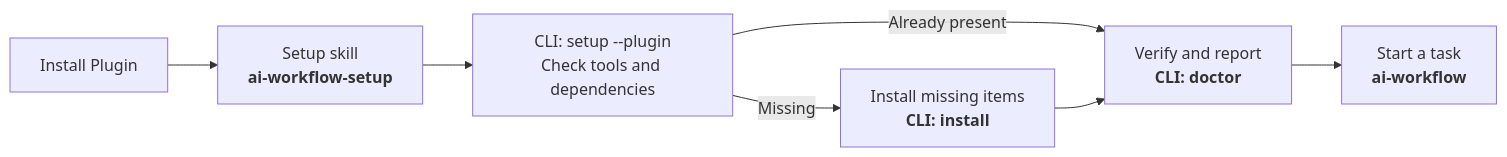
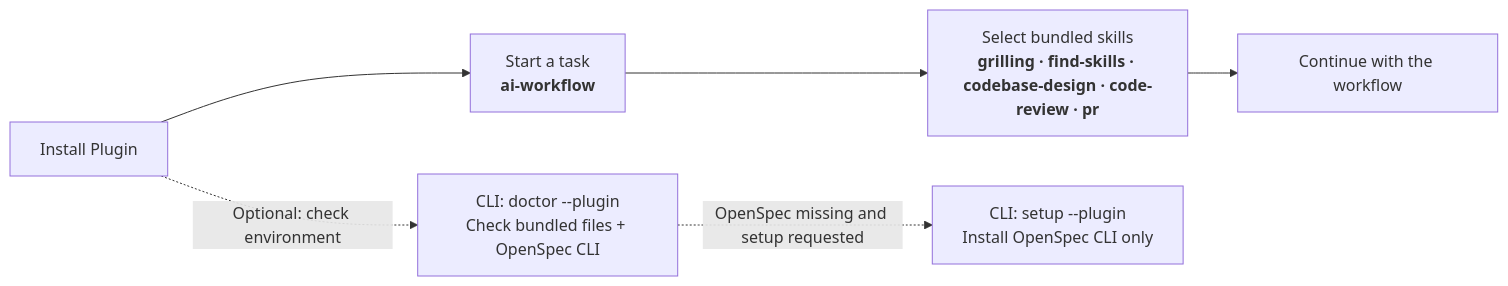
One commit to shuaibilx/AI-workflow-coding changed the second of 2 diagrams in README.md. Above: the diagram before and after it, drawn with Mermaid. The commit also changed other lines of this file and 38 other files, not shown here.

Commit message:
Bundle fixed workflow skills in Plugin

````diff
--- a/README.md
+++ b/README.md
@@ -93,9 +93,8 @@
 ```mermaid
 flowchart LR
-    A[Install Plugin] --> S["Setup skill<br/><b>ai-workflow-setup</b>"]
-    S --> C["CLI: setup --plugin<br/>Check tools and dependencies"]
-    C -->|Missing| I["Install missing items<br/><b>CLI: install</b>"]
-    C -->|Already present| V["Verify and report<br/><b>CLI: doctor</b>"]
-    I --> V
-    V --> W["Start a task<br/><b>ai-workflow</b>"]
+    A[Install Plugin] --> W["Start a task<br/><b>ai-workflow</b>"]
+    W --> S["Select bundled skills<br/><b>grilling · find-skills · codebase-design · code-review · pr</b>"]
+    S --> D["Continue with the workflow"]
+    A -.->|Optional: check environment| C["CLI: doctor --plugin<br/>Check bundled files + OpenSpec CLI"]
+    C -.->|OpenSpec missing and setup requested| I["CLI: setup --plugin<br/>Install OpenSpec CLI only"]
 ```
````
